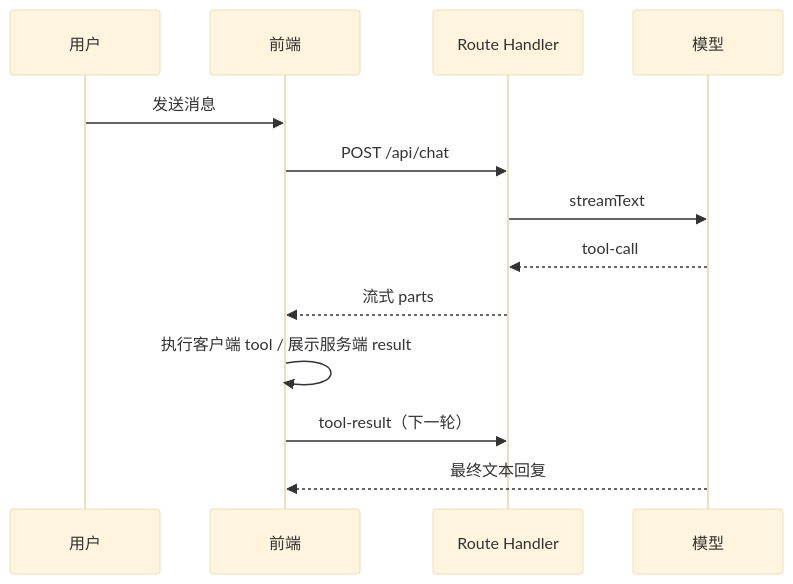
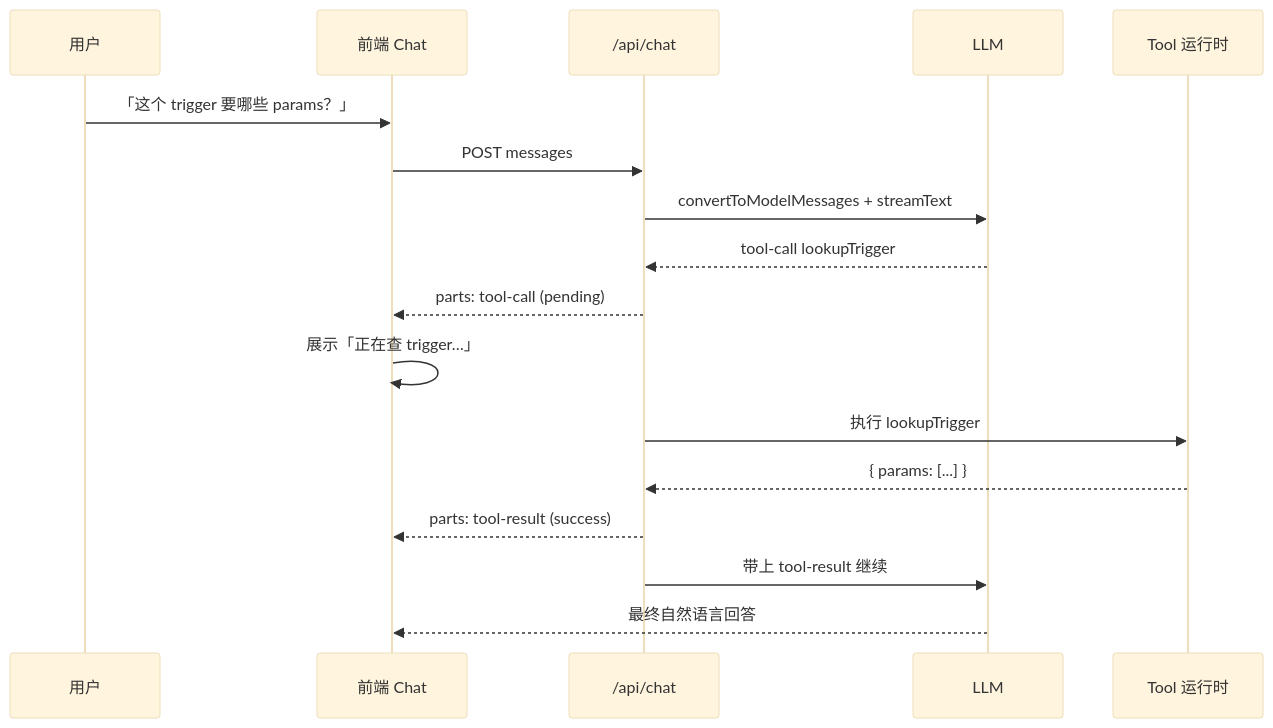
One commit to c-hongxin/agent-lab changed the diagram in notes/phase-0-concepts.md. Above: the diagram before and after it, drawn with Mermaid (base theme). The commit also changed other lines of this file and 18 other files, not shown here.

````diff
--- a/notes/phase-0-concepts.md
+++ b/notes/phase-0-concepts.md
@@ -14,15 +20,21 @@
 ```mermaid
 sequenceDiagram
   participant U as 用户
-  participant UI as 前端
-  participant API as Route Handler
-  participant M as 模型
-  U->>UI: 发送消息
-  UI->>API: POST /api/chat
-  API->>M: streamText
-  M-->>API: tool-call
-  API-->>UI: 流式 parts
-  UI->>UI: 执行客户端 tool / 展示服务端 result
-  UI->>API: tool-result（下一轮）
-  M-->>UI: 最终文本回复
+  participant UI as 前端 Chat
+  participant API as /api/chat
+  participant M as LLM
+  participant T as Tool 运行时
+
+  U->>UI: 「这个 trigger 要哪些 params？」
+  UI->>API: POST messages
+  API->>M: convertToModelMessages + streamText
+  M-->>API: tool-call lookupTrigger
+  API-->>UI: parts: tool-call (pending)
+  UI->>UI: 展示「正在查 trigger…」
+  API->>T: 执行 lookupTrigger
+  T-->>API: { params: [...] }
+  API-->>UI: parts: tool-result (success)
+  API->>M: 带上 tool-result 继续
+  M-->>UI: 最终自然语言回答
+
 ```
````
